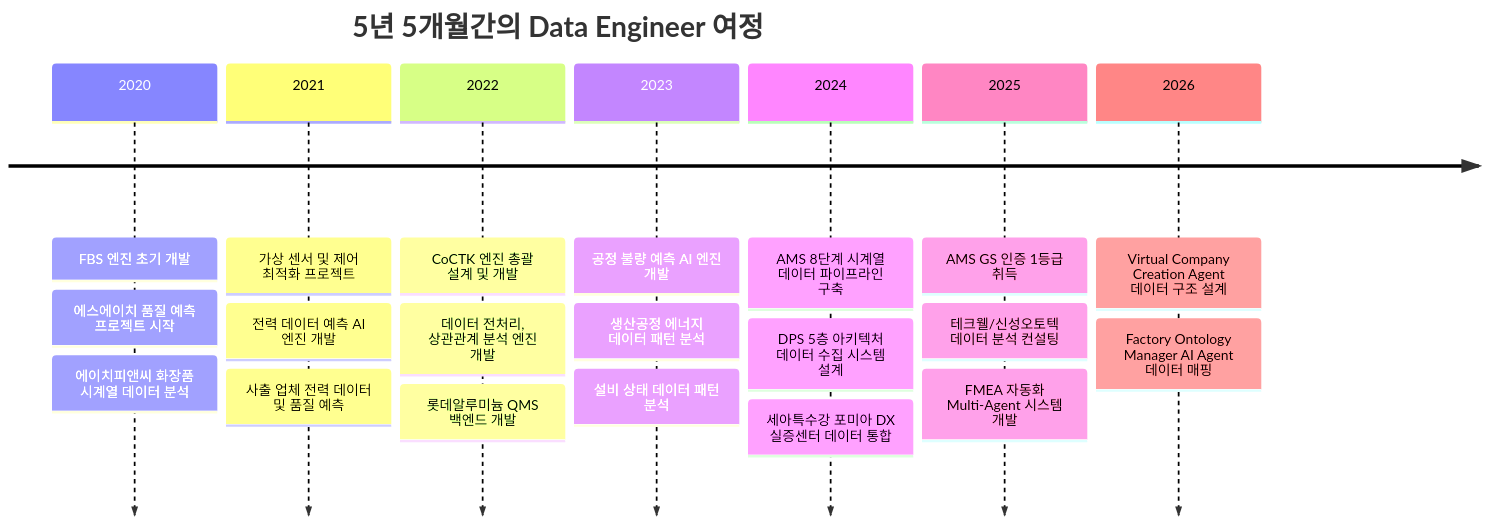
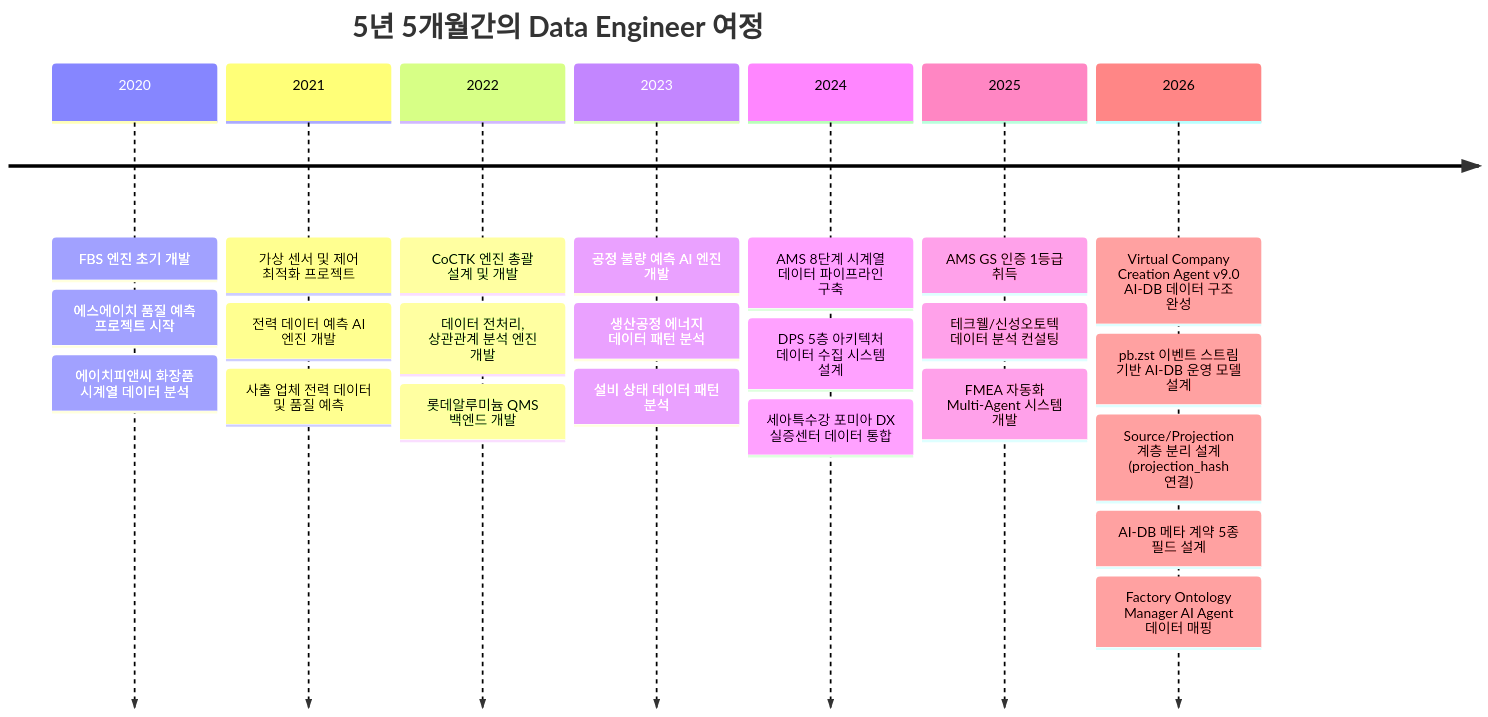
Before and after one commit to moobaek/Testing_AI_agents_for_public_use: the first of 4 diagrams in portfolio/portfolio_docs/resume_generator/assets/일반공개/권순룡_이력서_일반공개_Data_Engineer.md, drawn with Mermaid. The commit also changed other lines of this file and 14 other files, not shown here.

````diff
--- a/portfolio/portfolio_docs/resume_generator/assets/일반공개/권순룡_이력서_일반공개_Data_Engineer.md
+++ b/portfolio/portfolio_docs/resume_generator/assets/일반공개/권순룡_이력서_일반공개_Data_Engineer.md
@@ -17,24 +17,27 @@
 ```mermaid
 timeline
     title 5년 5개월간의 Data Engineer 여정
     2020 : FBS 엔진 초기 개발
          : 에스에이치 품질 예측 프로젝트 시작
          : 에이치피앤씨 화장품 시계열 데이터 분석
     2021 : 가상 센서 및 제어 최적화 프로젝트
          : 전력 데이터 예측 AI 엔진 개발
          : 사출 업체 전력 데이터 및 품질 예측
     2022 : CoCTK 엔진 총괄 설계 및 개발
          : 데이터 전처리, 상관관계 분석 엔진 개발
          : 롯데알루미늄 QMS 백엔드 개발
     2023 : 공정 불량 예측 AI 엔진 개발
          : 생산공정 에너지 데이터 패턴 분석
          : 설비 상태 데이터 패턴 분석
     2024 : AMS 8단계 시계열 데이터 파이프라인 구축
          : DPS 5층 아키텍처 데이터 수집 시스템 설계
          : 세아특수강 포미아 DX 실증센터 데이터 통합
     2025 : AMS GS 인증 1등급 취득
          : 테크웰/신성오토텍 데이터 분석 컨설팅
          : FMEA 자동화 Multi-Agent 시스템 개발
-    2026 : Virtual Company Creation Agent 데이터 구조 설계
+    2026 : Virtual Company Creation Agent v9.0 AI-DB 데이터 구조 완성
+         : pb.zst 이벤트 스트림 기반 AI-DB 운영 모델 설계
+         : Source/Projection 계층 분리 설계 (projection_hash 연결)
+         : AI-DB 메타 계약 5종 필드 설계
          : Factory Ontology Manager AI Agent 데이터 매핑
 ```
````
